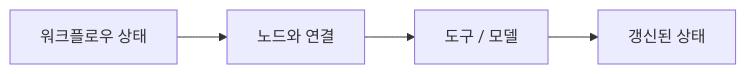
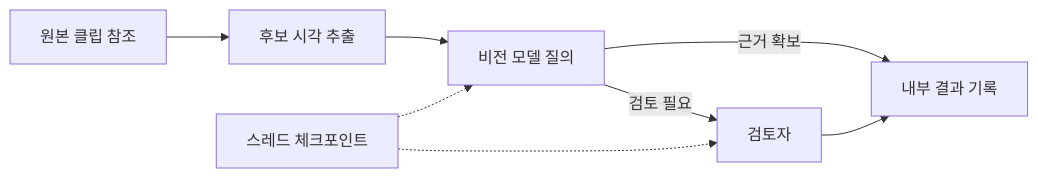
Before and after one commit to james-joobs/awesome-nvidia-physical-ai: the diagram in docs/ko/langgraph.md, drawn with Mermaid. The commit also changed other lines of this file and 187 other files, not shown here.

Commit message:
Expand bilingual guides with official architecture references

````diff
--- a/docs/ko/langgraph.md
+++ b/docs/ko/langgraph.md
@@ -11,4 +11,10 @@
 ```mermaid
 flowchart LR
-    A["워크플로우 상태"] --> B["노드와 연결"] --> C["도구 / 모델"] --> D["갱신된 상태"]
+    R["원본 클립 참조"] --> A["후보 시각 추출"]
+    A --> B["비전 모델 질의"]
+    B -->|검토 필요| C["검토자"]
+    B -->|근거 확보| D["내부 결과 기록"]
+    C --> D
+    P["스레드 체크포인트"] -.-> B
+    P -.-> C
 ```
````
